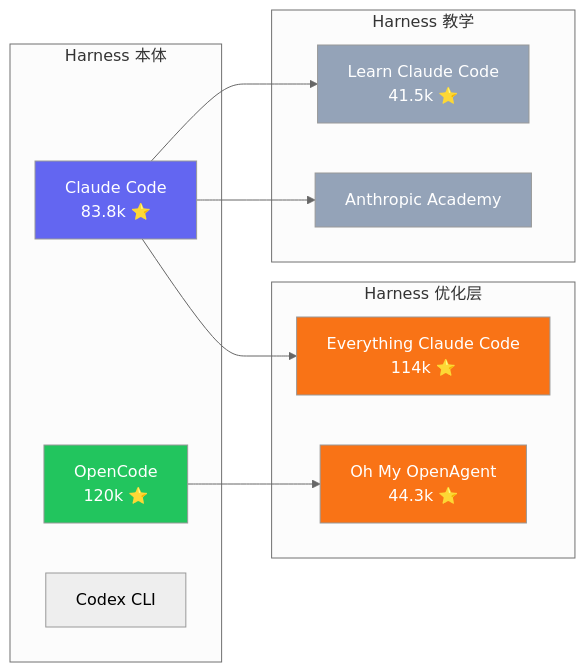
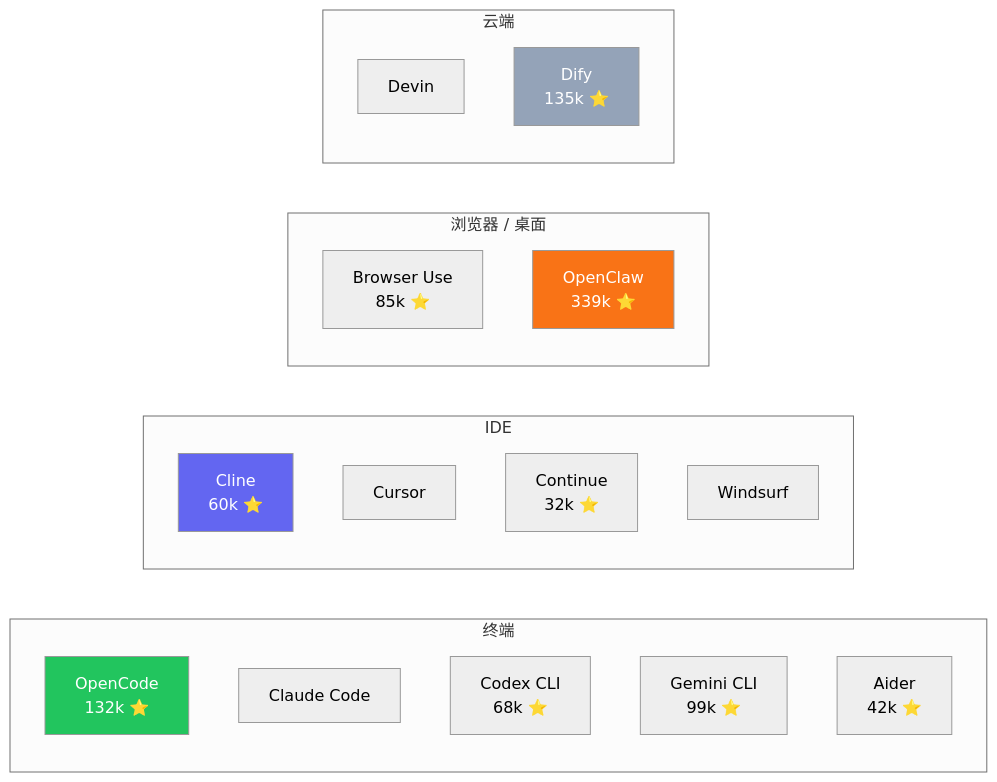
The diagram in content/zh/posts/harness-ecosystem-competition.md (Trashwbin/quill), drawn with Mermaid (neutral theme) before and after one commit. The commit also changed other lines of this file, not shown here.

Commit message:
feat: rewrite article 05 as harness ecosystem competition overview + article 04 Learn Claude Code enrichment

````diff
--- a/content/zh/posts/harness-ecosystem-competition.md
+++ b/content/zh/posts/harness-ecosystem-competition.md
@@ -17,30 +44,32 @@
 ```mermaid
 graph LR
-    subgraph "Harness 本体"
-        A1[Claude Code<br/>83.8k ⭐]
-        A2[OpenCode<br/>120k ⭐]
-        A3[Codex CLI]
+    subgraph "终端"
+        T1[OpenCode<br/>132k ⭐]
+        T2[Claude Code]
+        T3[Codex CLI<br/>68k ⭐]
+        T4[Gemini CLI<br/>99k ⭐]
+        T5[Aider<br/>42k ⭐]
     end
 
-    subgraph "Harness 优化层"
-        B1[Everything Claude Code<br/>114k ⭐]
-        B2[Oh My OpenAgent<br/>44.3k ⭐]
+    subgraph "IDE"
+        I1[Cline<br/>60k ⭐]
+        I2[Cursor]
+        I3[Continue<br/>32k ⭐]
+        I4[Windsurf]
     end
 
-    subgraph "Harness 教学"
-        C1[Learn Claude Code<br/>41.5k ⭐]
-        C2[Anthropic Academy]
+    subgraph "浏览器 / 桌面"
+        B1[Browser Use<br/>85k ⭐]
+        B2[OpenClaw<br/>339k ⭐]
     end
 
-    A1 --> B1
-    A2 --> B2
-    A1 --> C1
-    A1 --> C2
+    subgraph "云端"
+        C1[Devin]
+        C2[Dify<br/>135k ⭐]
+    end
 
-    style A1 fill:#6366f1,color:#fff
-    style A2 fill:#22c55e,color:#fff
-    style B1 fill:#f97316,color:#fff
+    style T1 fill:#22c55e,color:#fff
+    style I1 fill:#6366f1,color:#fff
     style B2 fill:#f97316,color:#fff
-    style C1 fill:#94a3b8,color:#fff
     style C2 fill:#94a3b8,color:#fff
 ```
````
